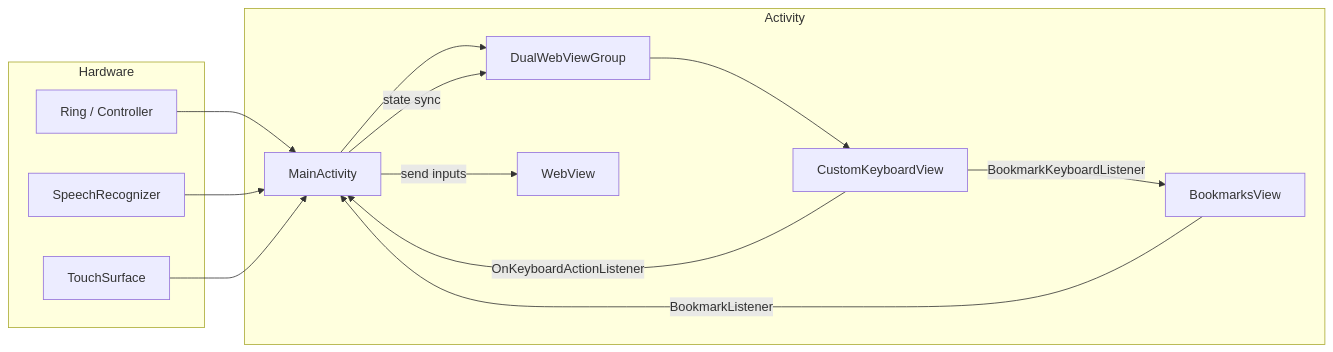
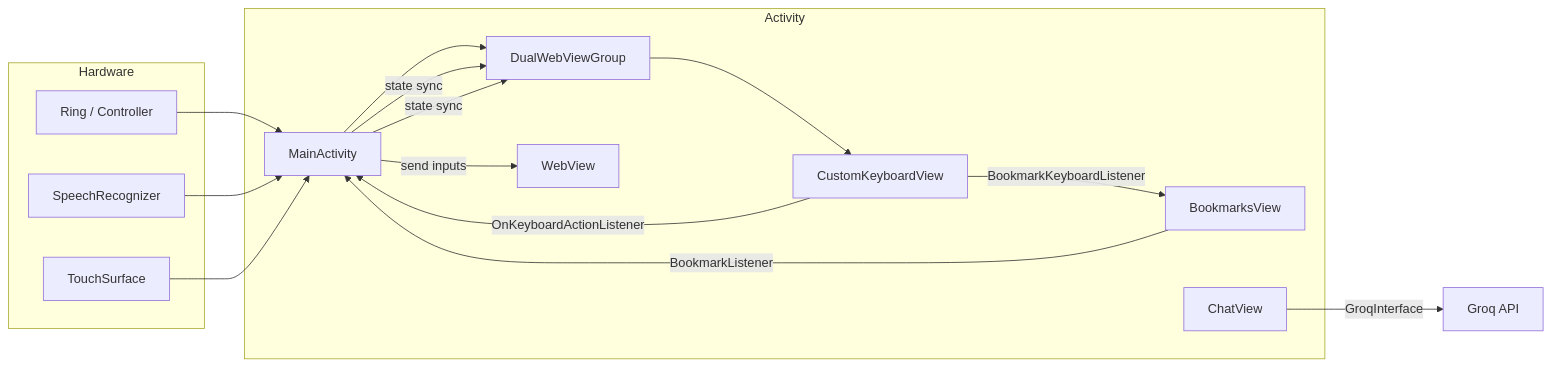
One commit to informalTechCode/TAPLINKX3 changed the diagram in docs/ARCHITECTURE.md. Above: the diagram before and after it, drawn with Mermaid. The commit also changed other lines of this file and 16 other files, not shown here.

````diff
--- a/docs/ARCHITECTURE.md
+++ b/docs/ARCHITECTURE.md
@@ -7,25 +7,28 @@
 ```mermaid
 flowchart LR
     subgraph Hardware
         Ring[Ring / Controller]
         Speech[SpeechRecognizer]
         Touch[TouchSurface]
     end
     subgraph Activity
         MA[MainActivity]
         DWG[DualWebViewGroup]
         KB[CustomKeyboardView]
         Web[WebView]
         Bookmarks[BookmarksView]
+        Chat[ChatView]
     end
     Ring --> MA
     Speech --> MA
     Touch --> MA
     MA --> DWG
     DWG --> KB
     KB -->|OnKeyboardActionListener| MA
     KB -->|BookmarkKeyboardListener| Bookmarks
     MA -->|send inputs| Web
     MA -->|state sync| DWG
+    MA -->|state sync| DWG
     Bookmarks -->|BookmarkListener| MA
+    Chat -->|GroqInterface| API[Groq API]
 ```
````
